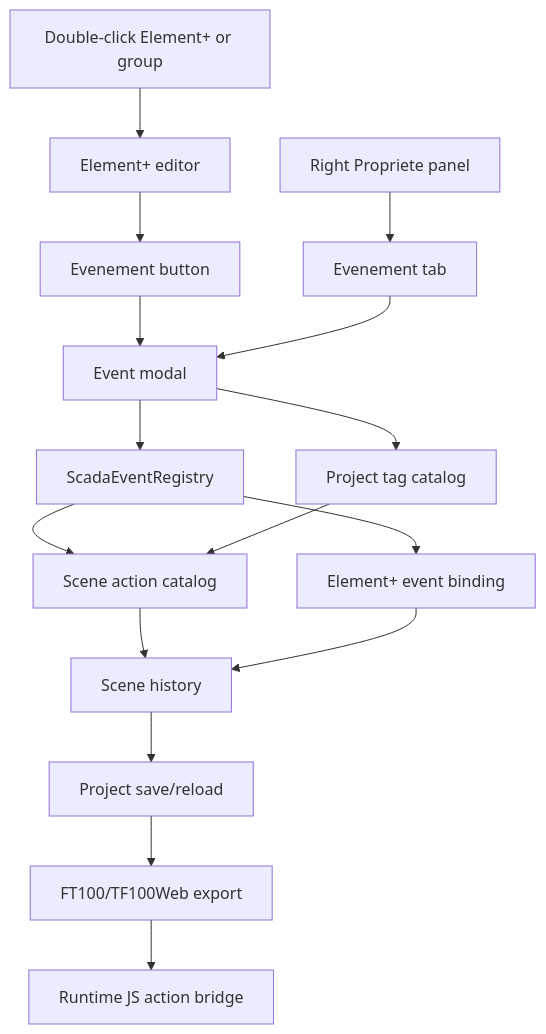
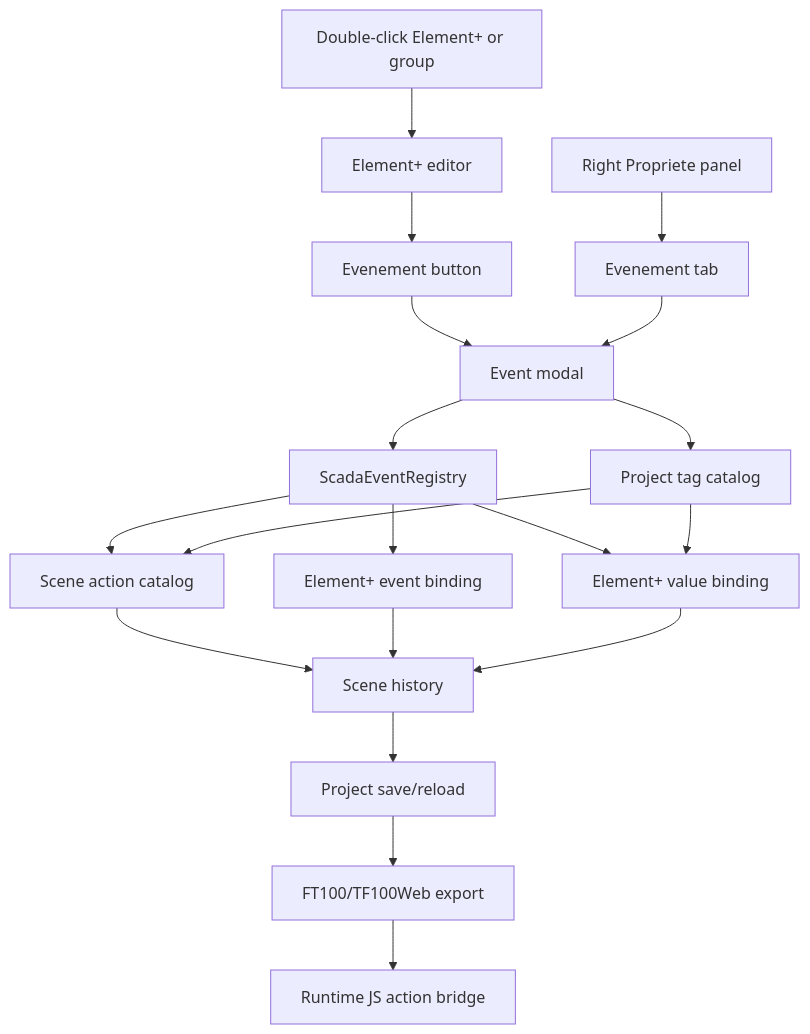
The first of 2 diagrams in docs/04_editor/ACTIONS_EVENTS_CONTRACT_V2.md (technologiesflorizon/scadabuilder), drawn with Mermaid before and after one commit. The commit also changed other lines of this file and 22 other files, not shown here.

Commit message:
Add Element+ tag value bindings

````diff
--- a/docs/04_editor/ACTIONS_EVENTS_CONTRACT_V2.md
+++ b/docs/04_editor/ACTIONS_EVENTS_CONTRACT_V2.md
@@ -57,18 +60,21 @@
 ```mermaid
 flowchart TD
   DoubleClick[Double-click Element+ or group] --> Editor[Element+ editor]
   Editor --> EventButton[Evenement button]
   PropertyPanel[Right Propriete panel] --> EventTab[Evenement tab]
   EventButton --> Modal[Event modal]
   EventTab --> Modal
   Modal --> Registry[ScadaEventRegistry]
   Modal --> Tags[Project tag catalog]
   Registry --> Scene[Scene action catalog]
   Registry --> Binding[Element+ event binding]
+  Registry --> ValueBinding[Element+ value binding]
   Tags --> Scene
+  Tags --> ValueBinding
   Scene --> History[Scene history]
   Binding --> History
+  ValueBinding --> History
   History --> Save[Project save/reload]
   Save --> Export[FT100/TF100Web export]
   Export --> Runtime[Runtime JS action bridge]
 ```
````
